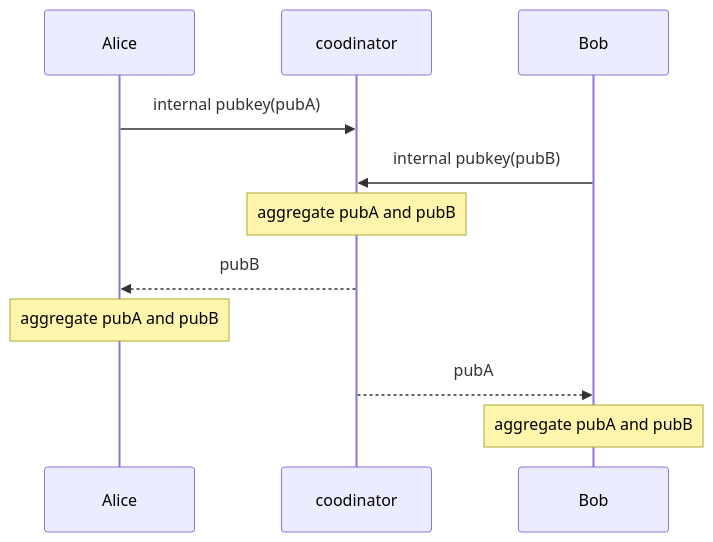
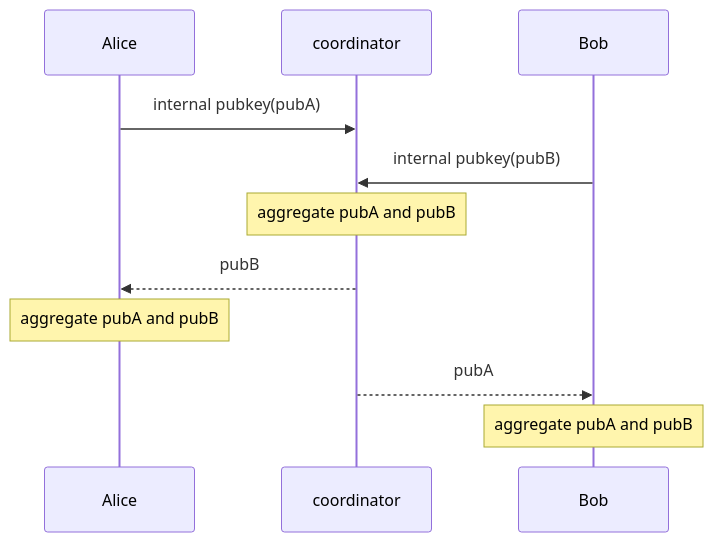
The first of 2 diagrams in bitcoin/musig/musig2_sequence.md (hirokuma/hirokuma.github.io), drawn with Mermaid before and after one commit. The commit also changed other lines of this file and 1 other file, not shown here.

````diff
--- a/bitcoin/musig/musig2_sequence.md
+++ b/bitcoin/musig/musig2_sequence.md
@@ -8,14 +8,14 @@
 ```mermaid
 sequenceDiagram
   participant Alice
-  participant coodinator
+  participant coordinator
   participant Bob
 
-  Alice->>coodinator: internal pubkey(pubA)
-  Bob->>coodinator: internal pubkey(pubB)
-  Note over coodinator: aggregate pubA and pubB
-  coodinator-->>Alice: pubB
+  Alice->>coordinator: internal pubkey(pubA)
+  Bob->>coordinator: internal pubkey(pubB)
+  Note over coordinator: aggregate pubA and pubB
+  coordinator-->>Alice: pubB
   Note over Alice: aggregate pubA and pubB
-  coodinator-->>Bob: pubA
+  coordinator-->>Bob: pubA
   Note over Bob: aggregate pubA and pubB
 ```
````
